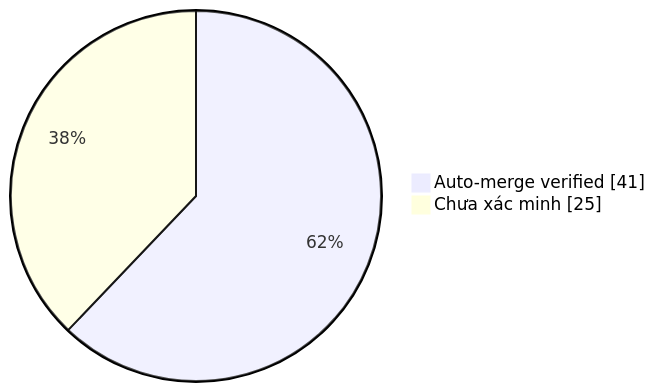
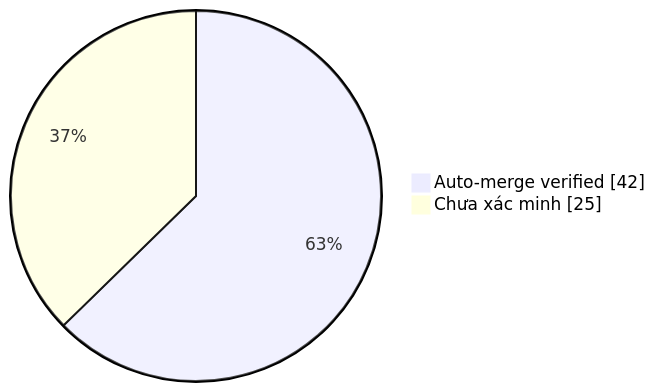
The diagram in collector.md (duykhang68/tetdinhmuiblog), drawn with Mermaid before and after one commit. The commit also changed other lines of this file and 1 other file, not shown here.

Commit message:
docs(collector): update auto-merge evidence dashboard

````diff
--- a/collector.md
+++ b/collector.md
@@ -22,5 +22,5 @@
 ```mermaid
 pie showData
-    "Auto-merge verified" : 41
+    "Auto-merge verified" : 42
     "Chưa xác minh" : 25
 ```
````
